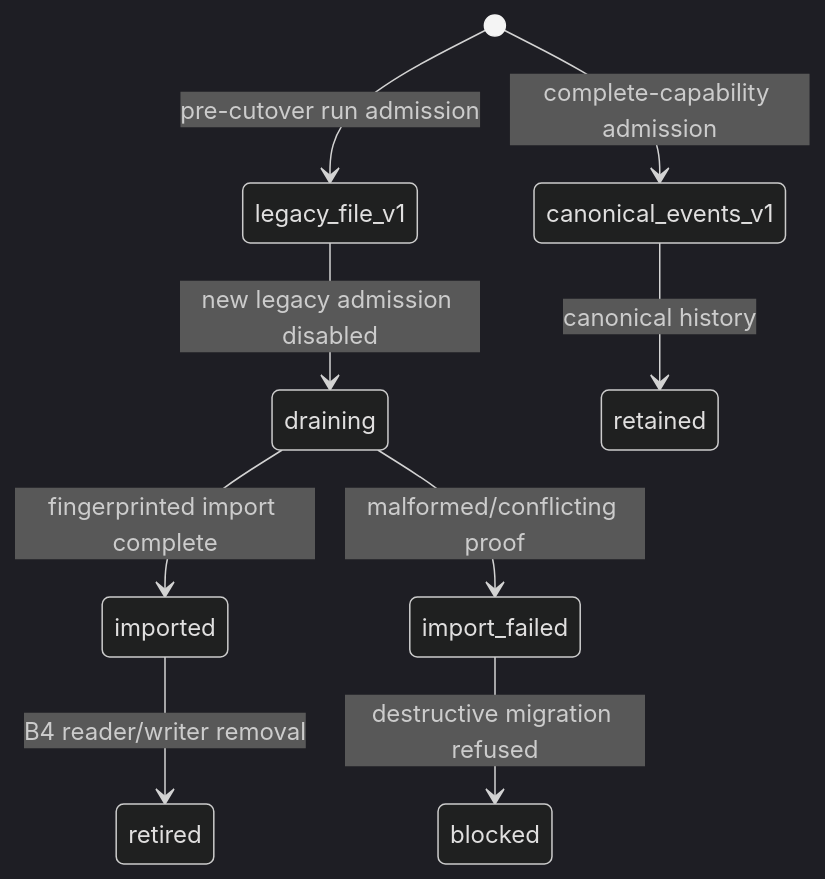
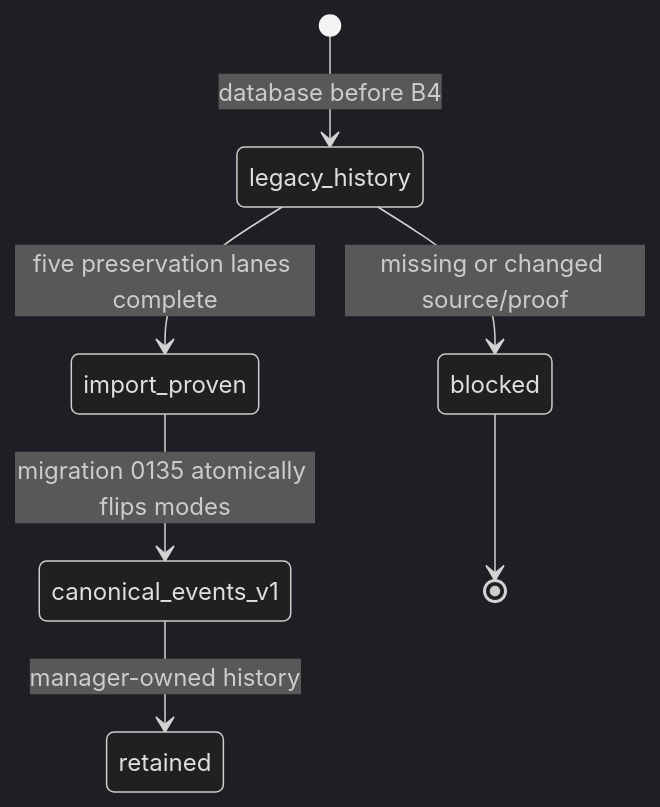
Before and after one commit to maister-dev/maister: the first of 2 diagrams in docs/system-analytics/execution-data-cutover.md, drawn with Mermaid (dark theme). The commit also changed other lines of this file and 96 other files, not shown here.

Commit message:
feat(execution-host): complete canonical data-plane cutover

````diff
--- a/docs/system-analytics/execution-data-cutover.md
+++ b/docs/system-analytics/execution-data-cutover.md
@@ -28,11 +30,9 @@
 ```mermaid
 stateDiagram-v2
-  [*] --> legacy_file_v1: pre-cutover run admission
-  [*] --> canonical_events_v1: complete-capability admission
-  legacy_file_v1 --> draining: new legacy admission disabled
-  draining --> imported: fingerprinted import complete
-  draining --> import_failed: malformed/conflicting proof
-  imported --> retired: B4 reader/writer removal
-  canonical_events_v1 --> retained: canonical history
-  import_failed --> blocked: destructive migration refused
+  [*] --> legacy_history: database before B4
+  legacy_history --> import_proven: five preservation lanes complete
+  legacy_history --> blocked: missing or changed source/proof
+  import_proven --> canonical_events_v1: migration 0135 atomically flips modes
+  canonical_events_v1 --> retained: manager-owned history
+  blocked --> [*]
 ```
````
